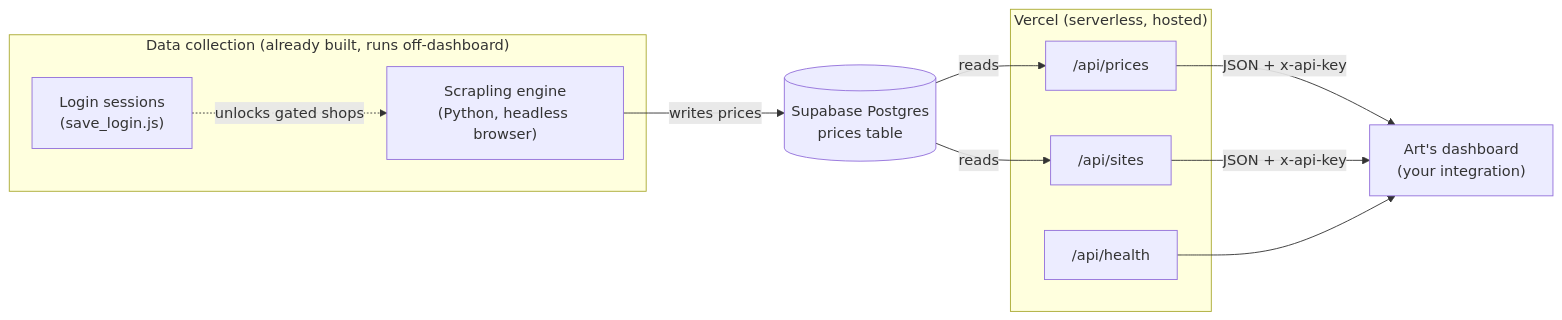
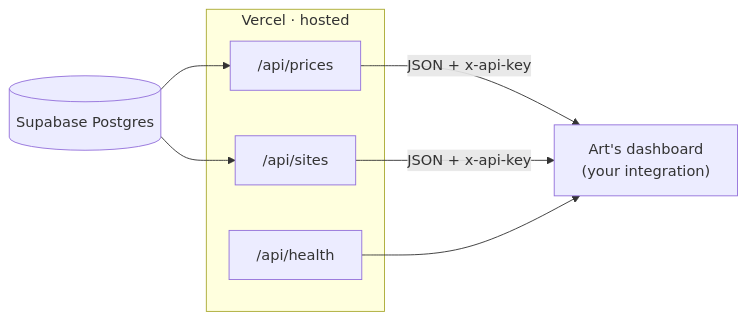
The diagram in artifact.md (Momin010/phone-price-tracker), drawn with Mermaid before and after one commit. The commit also changed other lines of this file and 2 other files, not shown here.

Commit message:
docs: polish README + artifact.md + SCREENSCOUT.md for sharing with Silas (corrected post-cleanup numbers, mermaid diagrams, consistent cross-links)

````diff
--- a/artifact.md
+++ b/artifact.md
@@ -39,22 +33,13 @@
 ```mermaid
 flowchart LR
-    subgraph Collection["Data collection (already built, runs off-dashboard)"]
-        SC["Scrapling engine<br/>(Python, headless browser)"]
-        AUTH["Login sessions<br/>(save_login.js)"]
-    end
-    DB[("Supabase Postgres<br/>prices table")]
-    subgraph Edge["Vercel (serverless, hosted)"]
+    DB[("Supabase Postgres")]
+    subgraph edge["Vercel · hosted"]
         P["/api/prices"]
         S["/api/sites"]
         H["/api/health"]
     end
     DASH["Art's dashboard<br/>(your integration)"]
-
-    SC -->|writes prices| DB
-    AUTH -.->|unlocks gated shops| SC
-    DB -->|reads| P
-    DB -->|reads| S
-    P -->|JSON + x-api-key| DASH
-    S -->|JSON + x-api-key| DASH
+    DB --> P & S
+    P & S -->|JSON + x-api-key| DASH
     H --> DASH
 ```
````
